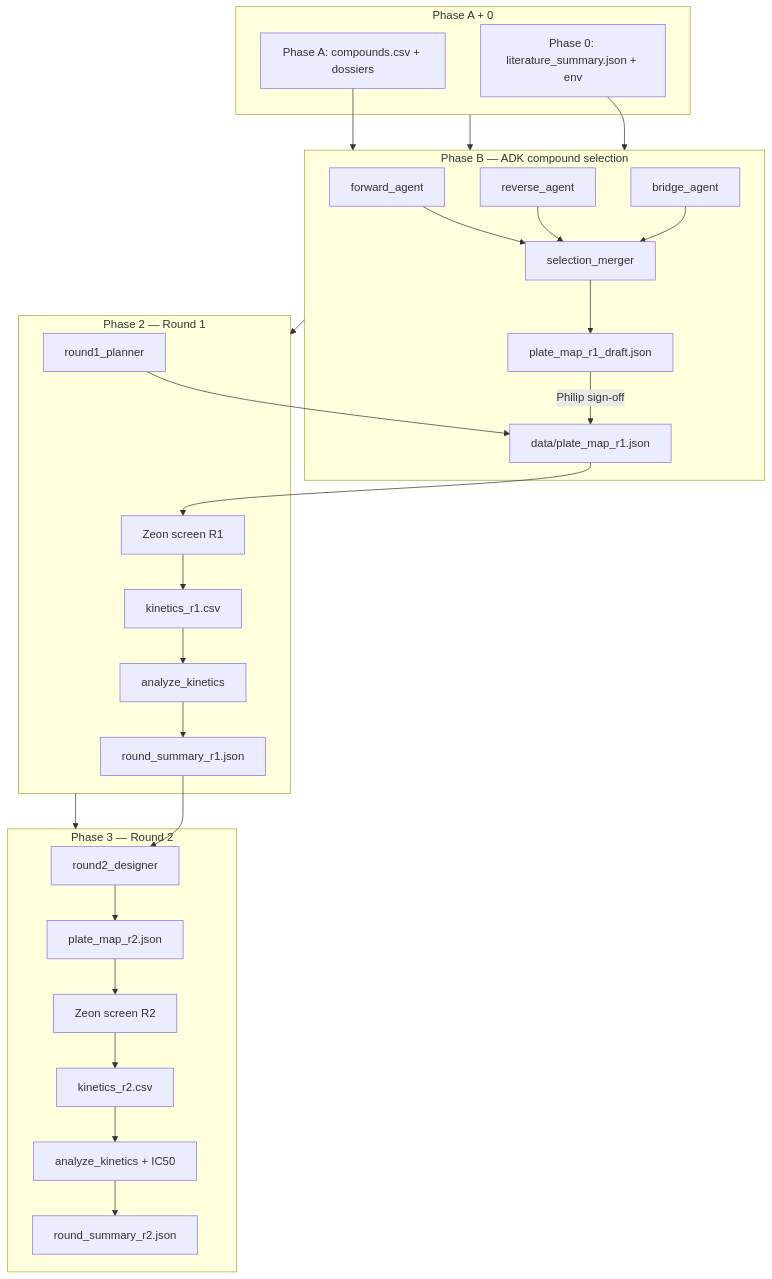
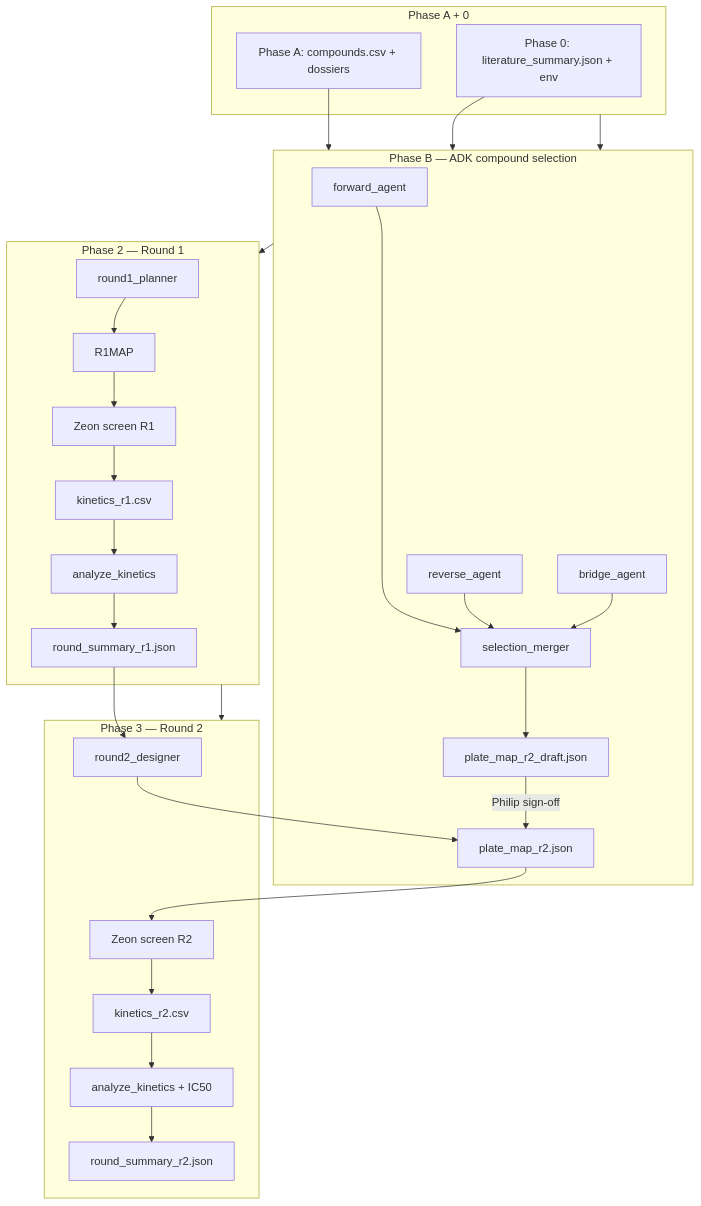
Before and after one commit to pvjthomas/beta-loop: the first of 7 diagrams in DIAGRAMS.md, drawn with Mermaid. The commit also changed other lines of this file and 14 other files, not shown here.

````diff
--- a/DIAGRAMS.md
+++ b/DIAGRAMS.md
@@ -24,38 +24,38 @@
 ```mermaid
 flowchart TB
   subgraph prep [Phase A + 0]
     A[Phase A: compounds.csv + dossiers]
     L0[Phase 0: literature_summary.json + env]
   end
 
   subgraph phaseB [Phase B — ADK compound selection]
     F[forward_agent] --> M[selection_merger]
     R[reverse_agent] --> M
     B[bridge_agent] --> M
-    M --> DRAFT[plate_map_r1_draft.json]
-    DRAFT -->|Philip sign-off| R1MAP[data/plate_map_r1.json]
+    M --> DRAFT[plate_map_r2_draft.json]
+  DRAFT -->|Philip sign-off| R2MAP[data/plate_map_r2.json]
   end
 
   subgraph r1 [Phase 2 — Round 1]
     RP[round1_planner] --> R1MAP
     R1MAP --> ROB1[Zeon screen R1]
     ROB1 --> K1[kinetics_r1.csv]
     K1 --> AN1[analyze_kinetics]
     AN1 --> SUM1[round_summary_r1.json]
   end
 
   subgraph r2 [Phase 3 — Round 2]
     RD[round2_designer] --> R2MAP[plate_map_r2.json]
     SUM1 --> RD
     R2MAP --> ROB2[Zeon screen R2]
     ROB2 --> K2[kinetics_r2.csv]
     K2 --> AN2[analyze_kinetics + IC50]
     AN2 --> SUM2[round_summary_r2.json]
   end
 
   A --> phaseB
   L0 --> phaseB
   prep --> phaseB
   phaseB --> r1
   r1 --> r2
 ```
````
